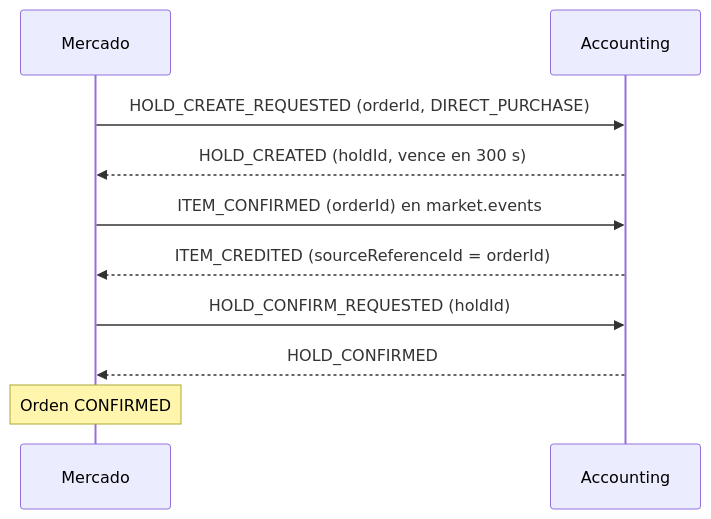
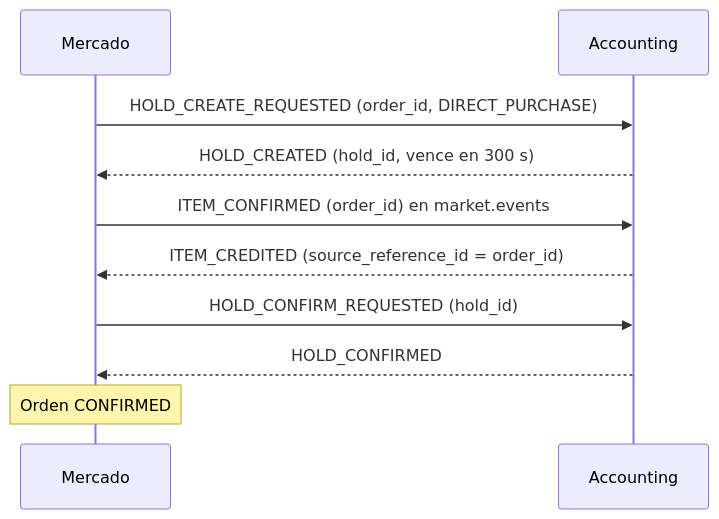
One commit to ValentinoMellia/tpi-market-vault changed the first of 2 diagrams in 01 - Projects/Market Service/Propuesta C de la saga de compra.md. Above: the diagram before and after it, drawn with Mermaid. The commit also changed other lines of this file and 11 other files, not shown here.

````diff
--- a/01 - Projects/Market Service/Propuesta C de la saga de compra.md
+++ b/01 - Projects/Market Service/Propuesta C de la saga de compra.md
@@ -29,12 +29,12 @@
 ```mermaid
 sequenceDiagram
     participant M as Mercado
     participant A as Accounting
-    M->>A: HOLD_CREATE_REQUESTED (orderId, DIRECT_PURCHASE)
-    A-->>M: HOLD_CREATED (holdId, vence en 300 s)
-    M->>A: ITEM_CONFIRMED (orderId) en market.events
-    A-->>M: ITEM_CREDITED (sourceReferenceId = orderId)
-    M->>A: HOLD_CONFIRM_REQUESTED (holdId)
+    M->>A: HOLD_CREATE_REQUESTED (order_id, DIRECT_PURCHASE)
+    A-->>M: HOLD_CREATED (hold_id, vence en 300 s)
+    M->>A: ITEM_CONFIRMED (order_id) en market.events
+    A-->>M: ITEM_CREDITED (source_reference_id = order_id)
+    M->>A: HOLD_CONFIRM_REQUESTED (hold_id)
     A-->>M: HOLD_CONFIRMED
     Note over M: Orden CONFIRMED
 ```
````
